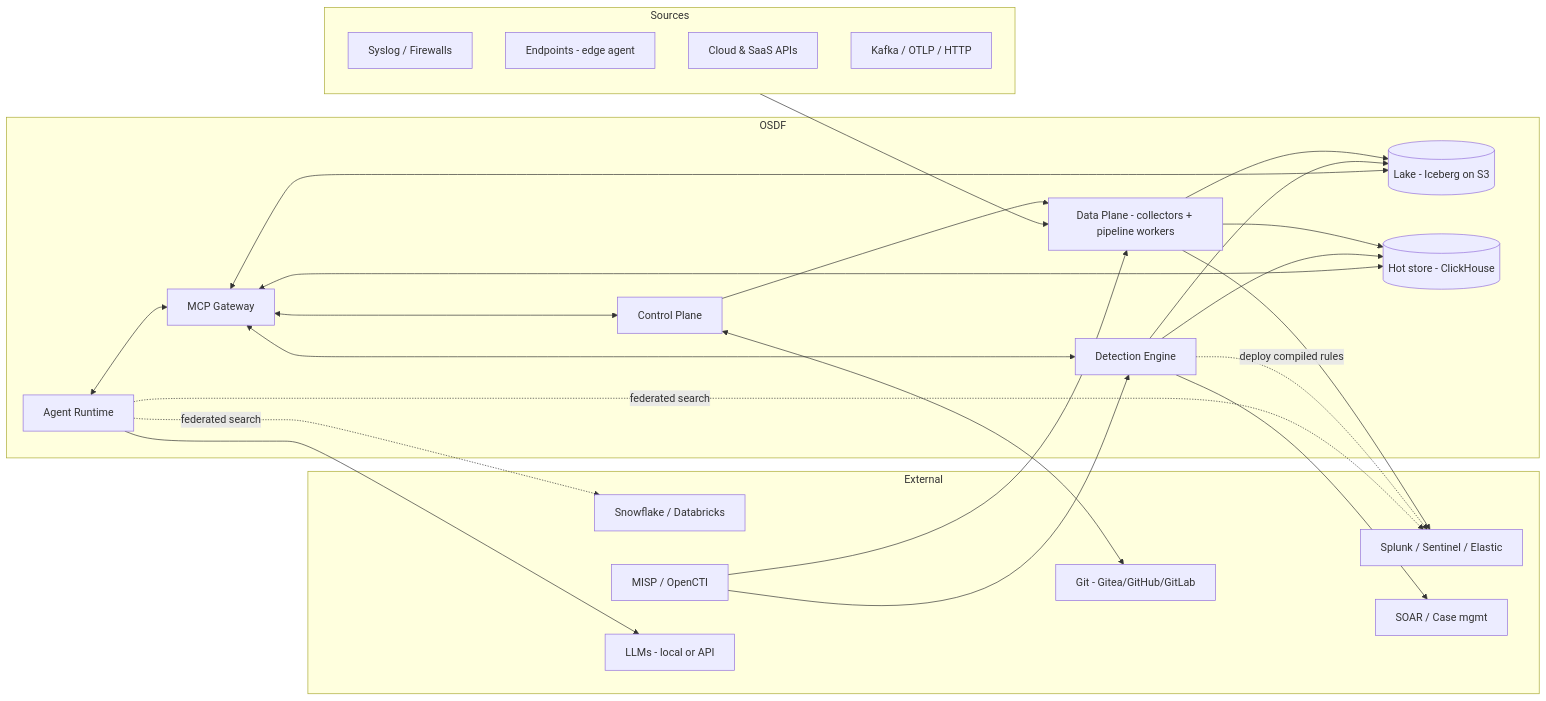
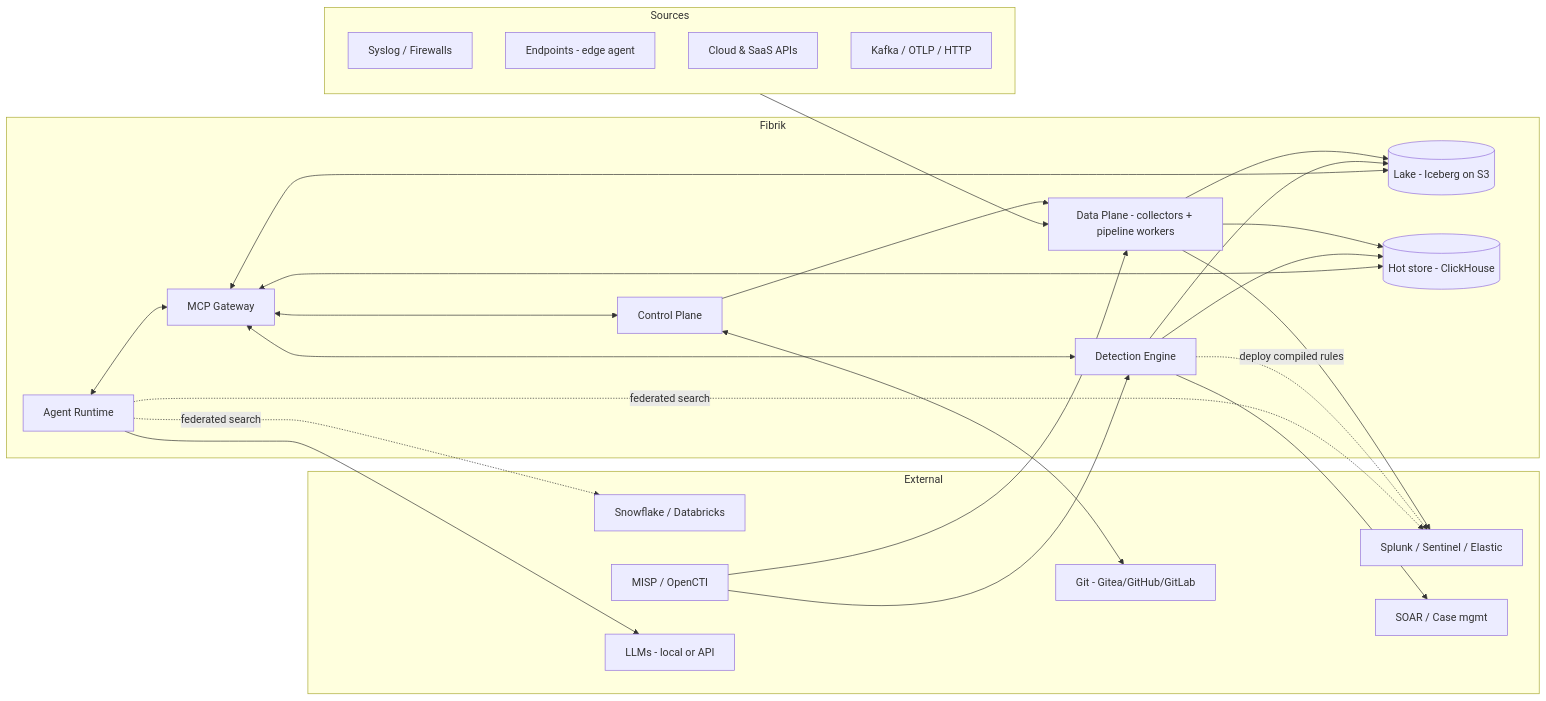
One commit to SClinton/fibrik changed the first of 7 diagrams in architecture.md. Above: the diagram before and after it, drawn with Mermaid. The commit also changed other lines of this file and 9 other files, not shown here.

First line of the commit message:
Rename project from OSDF to Fibrik

````diff
--- a/architecture.md
+++ b/architecture.md
@@ -46,42 +46,42 @@
 ```mermaid
 flowchart LR
   subgraph Sources
     S1[Syslog / Firewalls]
     S2[Endpoints - edge agent]
     S3[Cloud & SaaS APIs]
     S4[Kafka / OTLP / HTTP]
   end
 
-  subgraph OSDF
+  subgraph Fibrik
     CP[Control Plane]
     DP[Data Plane - collectors + pipeline workers]
     LK[(Lake - Iceberg on S3)]
     HOT[(Hot store - ClickHouse)]
     DET[Detection Engine]
     AG[Agent Runtime]
     MCP[MCP Gateway]
   end
 
   subgraph External
     SIEM[Splunk / Sentinel / Elastic]
     DL[Snowflake / Databricks]
     SOAR[SOAR / Case mgmt]
     TI[MISP / OpenCTI]
     LLM[LLMs - local or API]
     GIT[Git - Gitea/GitHub/GitLab]
   end
 
   Sources --> DP
   DP --> LK & HOT
   DP --> SIEM
   DET --> HOT & LK
   DET -. deploy compiled rules .-> SIEM
   DET --> SOAR
   AG <--> MCP
   MCP <--> CP & HOT & LK & DET
   AG --> LLM
   AG -. federated search .-> SIEM & DL
   CP <--> GIT
   CP --> DP
   TI --> DP & DET
 ```
````
